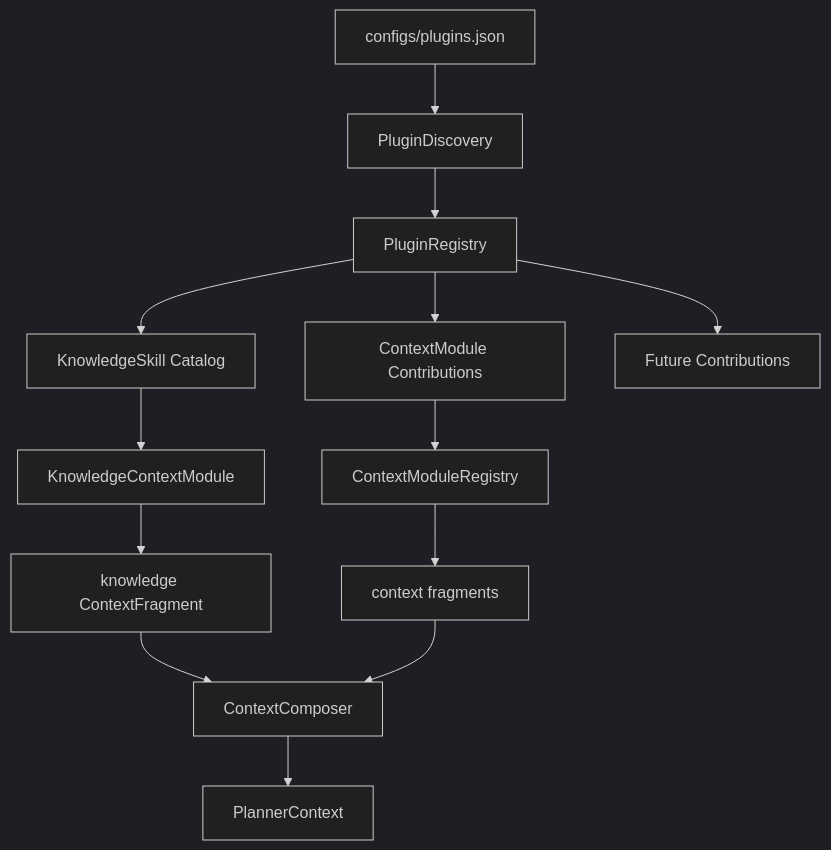
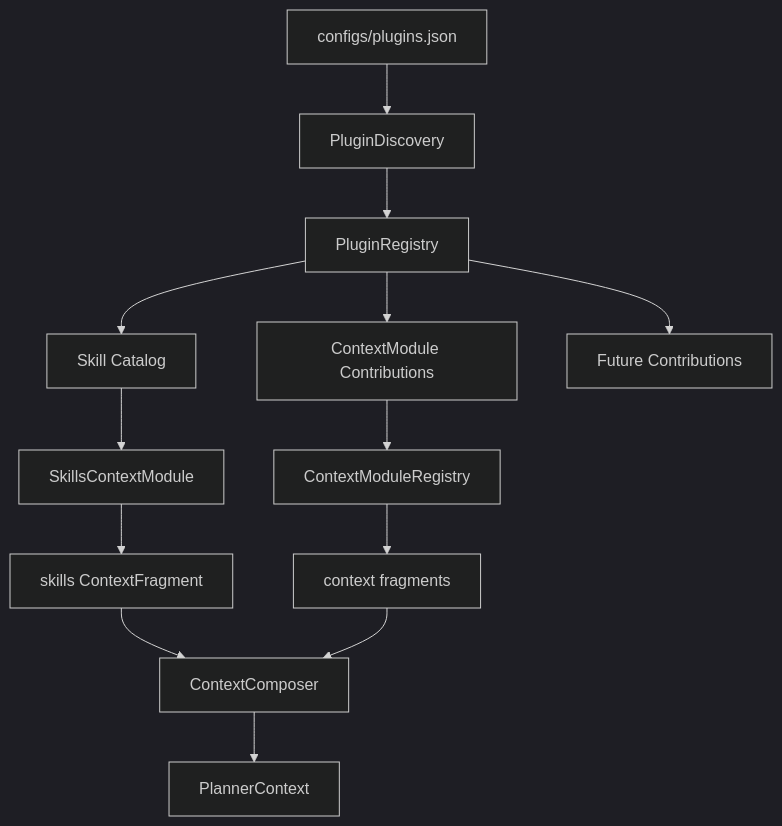
Before and after one commit to LZ6years/AeroPilot: the first of 2 diagrams in docs/plugin_system/01_architecture.md, drawn with Mermaid (dark theme). The commit also changed other lines of this file and 51 other files, not shown here.

````diff
--- a/docs/plugin_system/01_architecture.md
+++ b/docs/plugin_system/01_architecture.md
@@ -41,16 +41,16 @@
 ```mermaid
 flowchart TD
     CFG["configs/plugins.json"] --> DISC["PluginDiscovery"]
     DISC --> REG["PluginRegistry"]
-    REG --> KS["KnowledgeSkill Catalog"]
+    REG --> KS["Skill Catalog"]
     REG --> CMC["ContextModule Contributions"]
     REG --> FUT["Future Contributions"]
 
-    KS --> KMOD["KnowledgeContextModule"]
+    KS --> KMOD["SkillsContextModule"]
     CMC --> CMREG["ContextModuleRegistry"]
-    KMOD --> FRAG["knowledge ContextFragment"]
+    KMOD --> FRAG["skills ContextFragment"]
     CMREG --> FRAGS["context fragments"]
     FRAG --> COMP["ContextComposer"]
     FRAGS --> COMP
     COMP --> PC["PlannerContext"]
 ```
````
